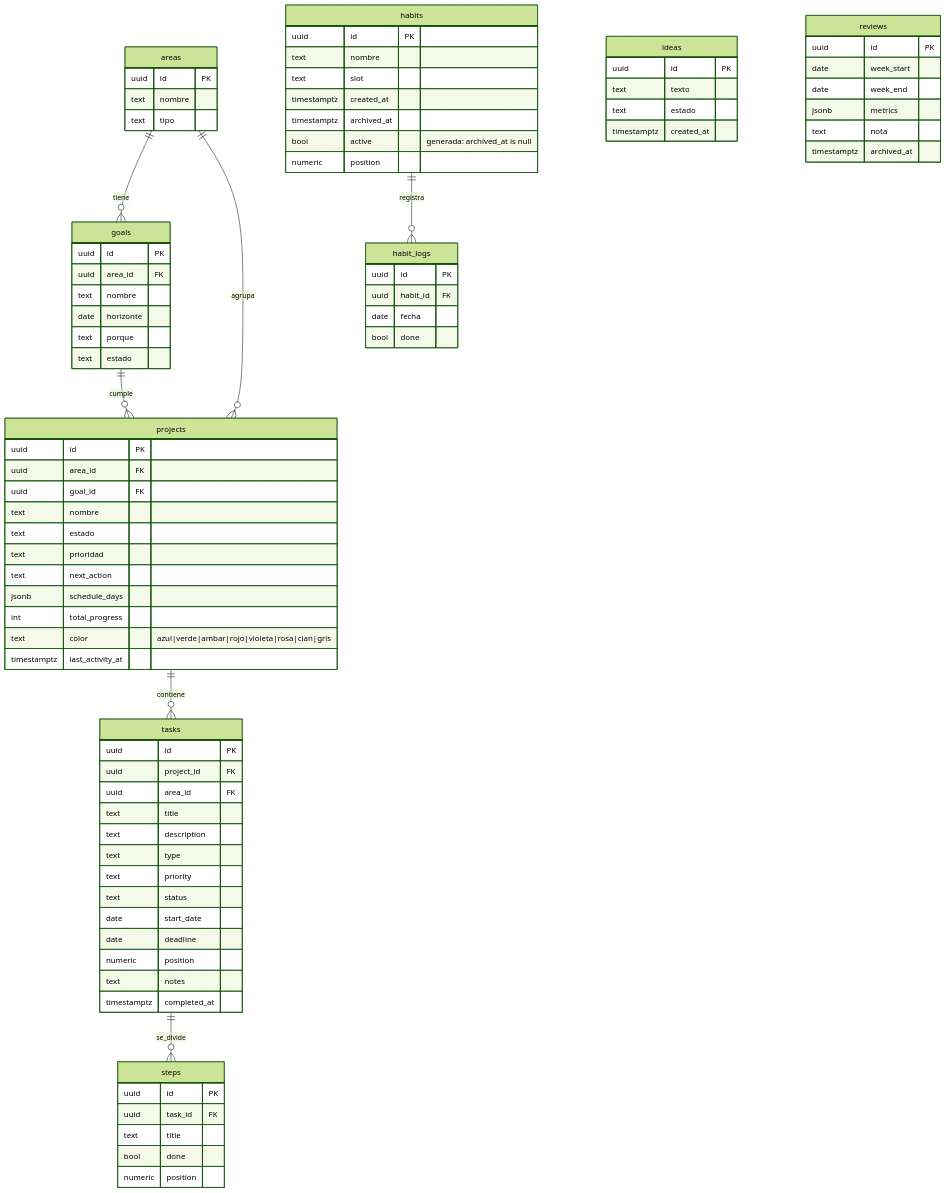
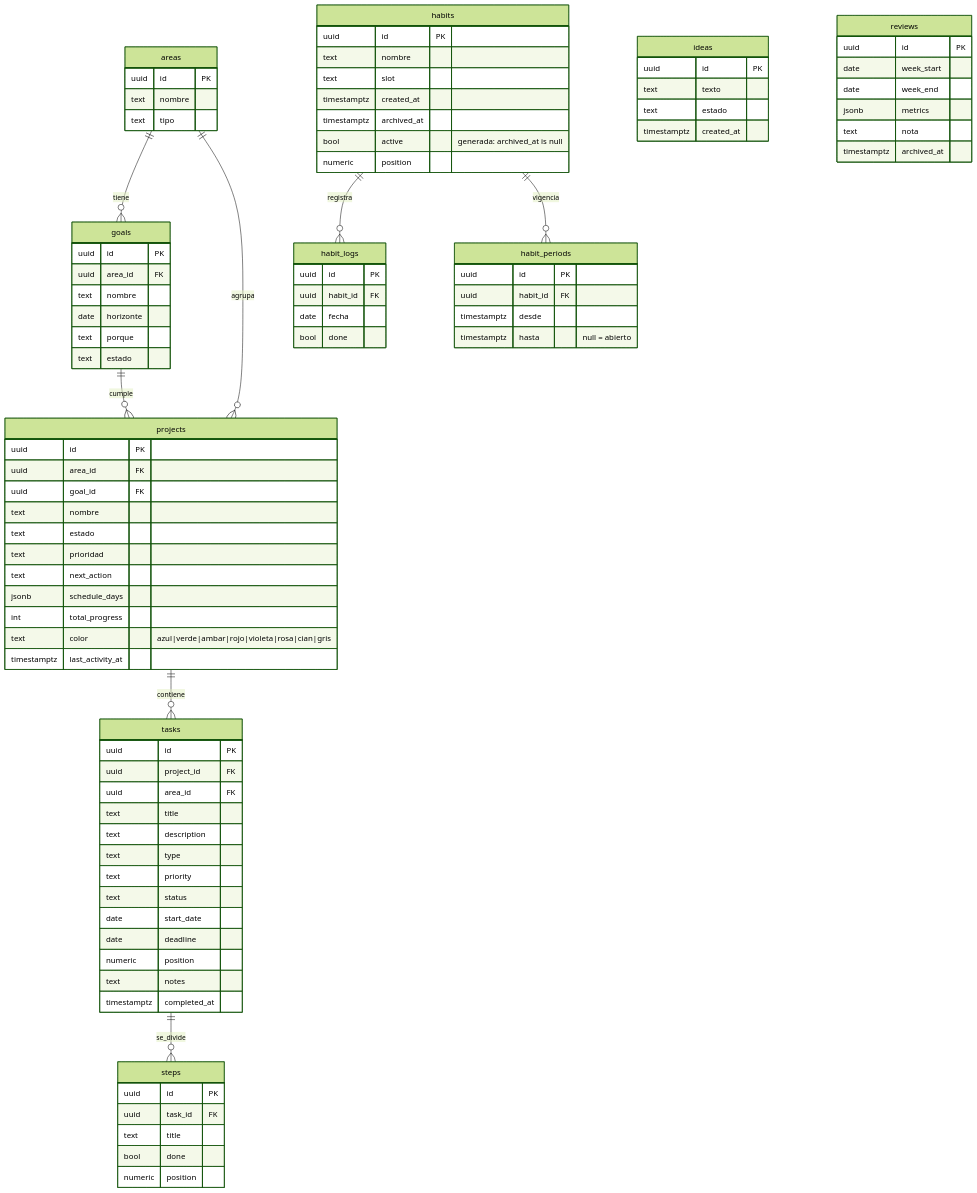
Before and after one commit to csr9497/second-brain: the diagram in docs/DATA-MODEL.md, drawn with Mermaid (forest theme). The commit also changed 2 other files, not shown here.

Commit message:
web: hábitos con periodos de vigencia; reactivar conserva el historial

```diff
--- a/docs/DATA-MODEL.md
+++ b/docs/DATA-MODEL.md
@@ -11,6 +11,7 @@
   projects ||--o{ tasks : contiene
   tasks ||--o{ steps : se_divide
   habits ||--o{ habit_logs : registra
+  habits ||--o{ habit_periods : vigencia
   areas {
     uuid id PK
     text nombre
@@ -74,6 +75,12 @@
     date fecha
     bool done
   }
+  habit_periods {
+    uuid id PK
+    uuid habit_id FK
+    timestamptz desde
+    timestamptz hasta "null = abierto"
+  }
   ideas {
     uuid id PK
     text texto
```
